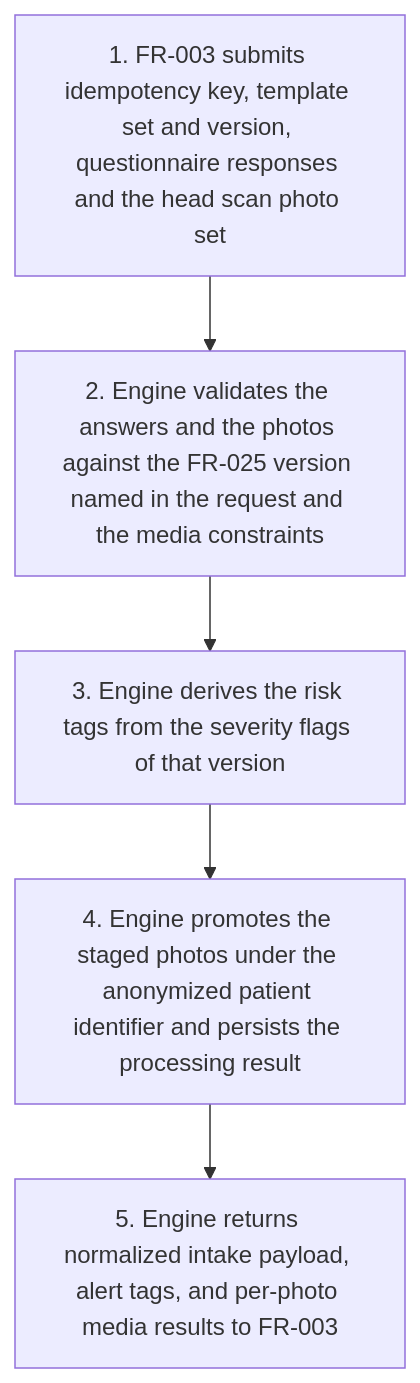
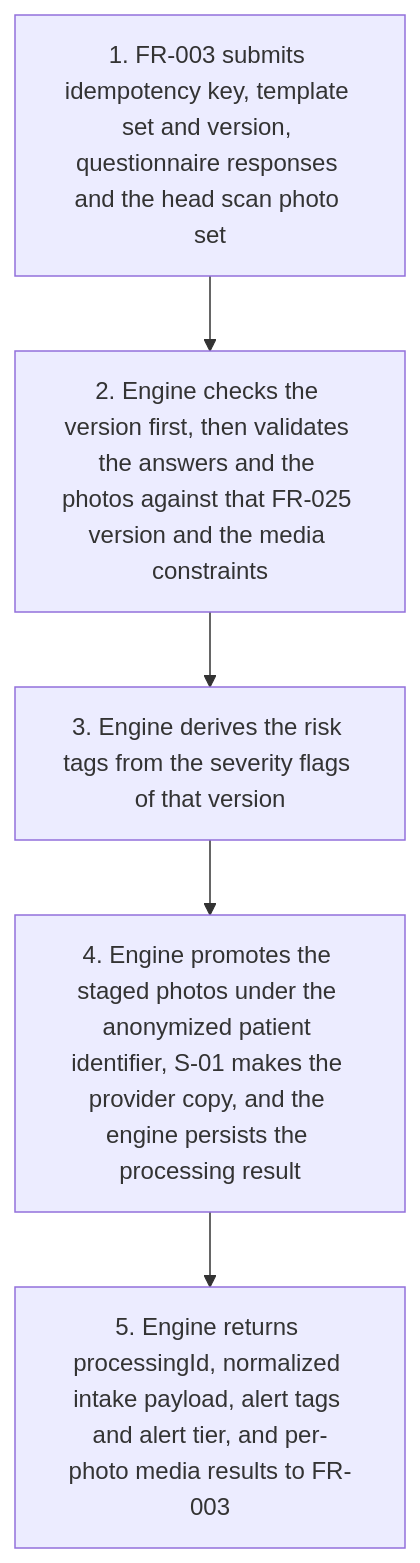
One commit to joachimtrungtuan/hairline-pm-docs changed the first of 8 diagrams in project-requirements/functional-requirements/fr002-medical-history/prd.md. Above: the diagram before and after it, drawn with Mermaid. The commit also changed other lines of this file and 6 other files, not shown here.

Commit message:
docs(fr002): apply logic review pass 2 fixes to PRD and graph

````diff
--- a/project-requirements/functional-requirements/fr002-medical-history/prd.md
+++ b/project-requirements/functional-requirements/fr002-medical-history/prd.md
@@ -88,7 +88,7 @@
 ```mermaid
 flowchart TD
-  S1["1. FR-003 submits idempotency key, template set and version, questionnaire responses and the head scan photo set"] --> S2["2. Engine validates the answers and the photos against the FR-025 version named in the request and the media constraints"]
+  S1["1. FR-003 submits idempotency key, template set and version, questionnaire responses and the head scan photo set"] --> S2["2. Engine checks the version first, then validates the answers and the photos against that FR-025 version and the media constraints"]
   S2 --> S3["3. Engine derives the risk tags from the severity flags of that version"]
-  S3 --> S4["4. Engine promotes the staged photos under the anonymized patient identifier and persists the processing result"]
-  S4 --> S5["5. Engine returns normalized intake payload, alert tags, and per-photo media results to FR-003"]
+  S3 --> S4["4. Engine promotes the staged photos under the anonymized patient identifier, S-01 makes the provider copy, and the engine persists the processing result"]
+  S4 --> S5["5. Engine returns processingId, normalized intake payload, alert tags and alert tier, and per-photo media results to FR-003"]
 ```
````
